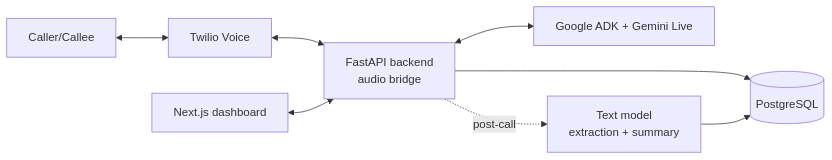
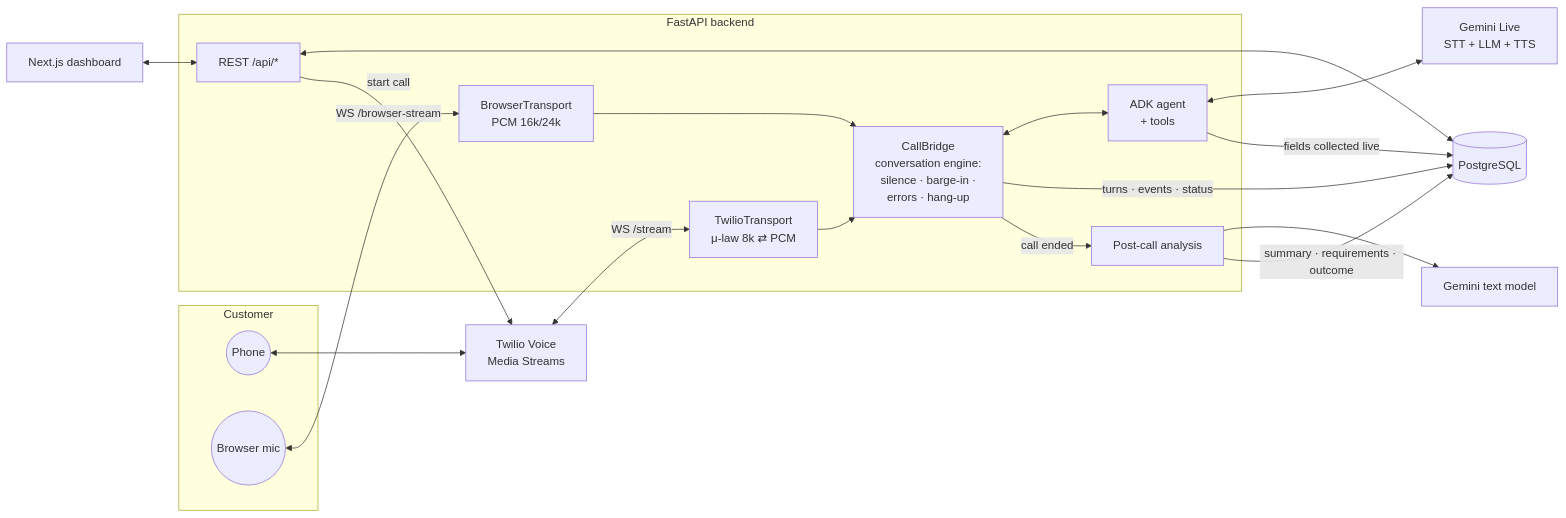
The first of 2 diagrams in README.md (tanmayfulzele2003-star/RO-Voice), drawn with Mermaid before and after one commit. The commit also changed other lines of this file and 40 other files, not shown here.

````diff
--- a/README.md
+++ b/README.md
@@ -35,10 +173,30 @@
 ```mermaid
 flowchart LR
-    A[Caller/Callee] <--> B[Twilio Voice]
-    B <--> C[FastAPI backend\naudio bridge]
-    C <--> D[Google ADK + Gemini Live]
-    C --> E[(PostgreSQL)]
-    C -. post-call .-> F[Text model\nextraction + summary]
-    F --> E
-    G[Next.js dashboard] <--> C
+    subgraph Customer
+        Phone((Phone))
+        Browser((Browser mic))
+    end
+    Twilio[Twilio Voice<br/>Media Streams]
+    subgraph Backend["FastAPI backend"]
+        TT[TwilioTransport<br/>μ-law 8k ⇄ PCM]
+        BT[BrowserTransport<br/>PCM 16k/24k]
+        Bridge[CallBridge<br/>conversation engine:<br/>silence · barge-in ·<br/>errors · hang-up]
+        Agent[ADK agent<br/>+ tools]
+        API[REST /api/*]
+        Post[Post-call analysis]
+    end
+    Gemini[Gemini Live<br/>STT + LLM + TTS]
+    Text[Gemini text model]
+    DB[(PostgreSQL)]
+    Dash[Next.js dashboard]
+
+    Phone <--> Twilio <-->|WS /stream| TT --> Bridge
+    Browser <-->|WS /browser-stream| BT --> Bridge
+    Bridge <--> Agent <--> Gemini
+    Agent -->|fields collected live| DB
+    Bridge -->|turns · events · status| DB
+    Bridge -->|call ended| Post --> Text
+    Post -->|summary · requirements · outcome| DB
+    Dash <--> API <--> DB
+    API -->|start call| Twilio
 ```
````
